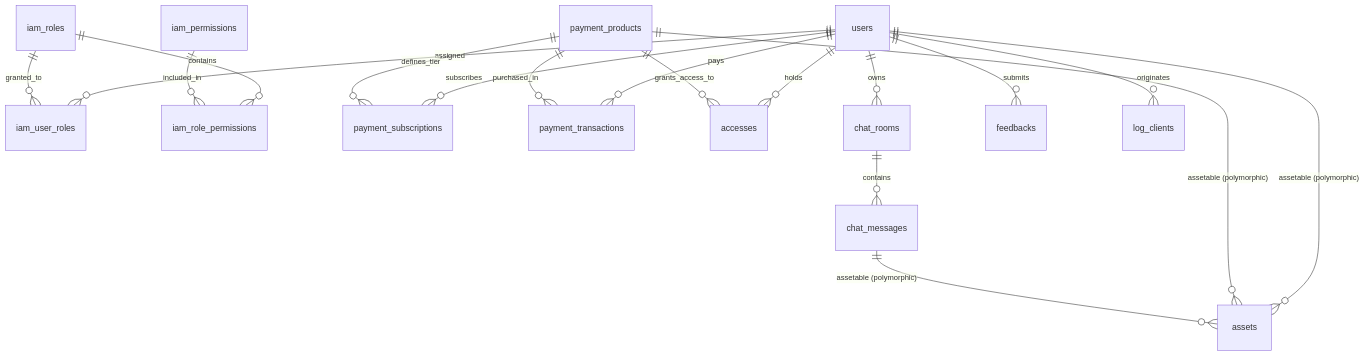
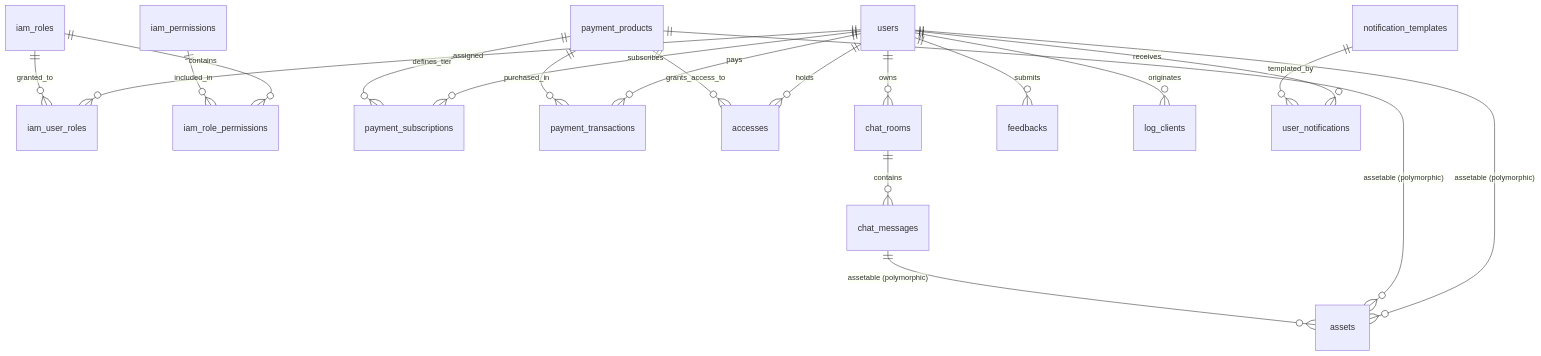
Before and after one commit to rex-9/rexone-core: the diagram in SCHEMA.md, drawn with Mermaid. The commit also changed other lines of this file and 50 other files, not shown here.

Commit message:
complete notification pipeline for both admin and user & in-app notis, refactor access & asset create pages, mask passcode

````diff
--- a/SCHEMA.md
+++ b/SCHEMA.md
@@ -49,24 +49,27 @@
 ```mermaid
 erDiagram
   users ||--o{ iam_user_roles : "assigned"
   iam_roles ||--o{ iam_user_roles : "granted_to"
   iam_roles ||--o{ iam_role_permissions : "contains"
   iam_permissions ||--o{ iam_role_permissions : "included_in"
 
   users ||--o{ payment_subscriptions : "subscribes"
   users ||--o{ payment_transactions : "pays"
   users ||--o{ accesses : "holds"
   payment_products ||--o{ payment_subscriptions : "defines_tier"
   payment_products ||--o{ payment_transactions : "purchased_in"
   payment_products ||--o{ accesses : "grants_access_to"
 
   users ||--o{ chat_rooms : "owns"
   chat_rooms ||--o{ chat_messages : "contains"
 
   users ||--o{ feedbacks : "submits"
   users ||--o{ log_clients : "originates"
 
+  users ||--o{ user_notifications : "receives"
+  notification_templates ||--o{ user_notifications : "templated_by"
+
   users ||--o{ assets : "assetable (polymorphic)"
   payment_products ||--o{ assets : "assetable (polymorphic)"
   chat_messages ||--o{ assets : "assetable (polymorphic)"
 ```
````
